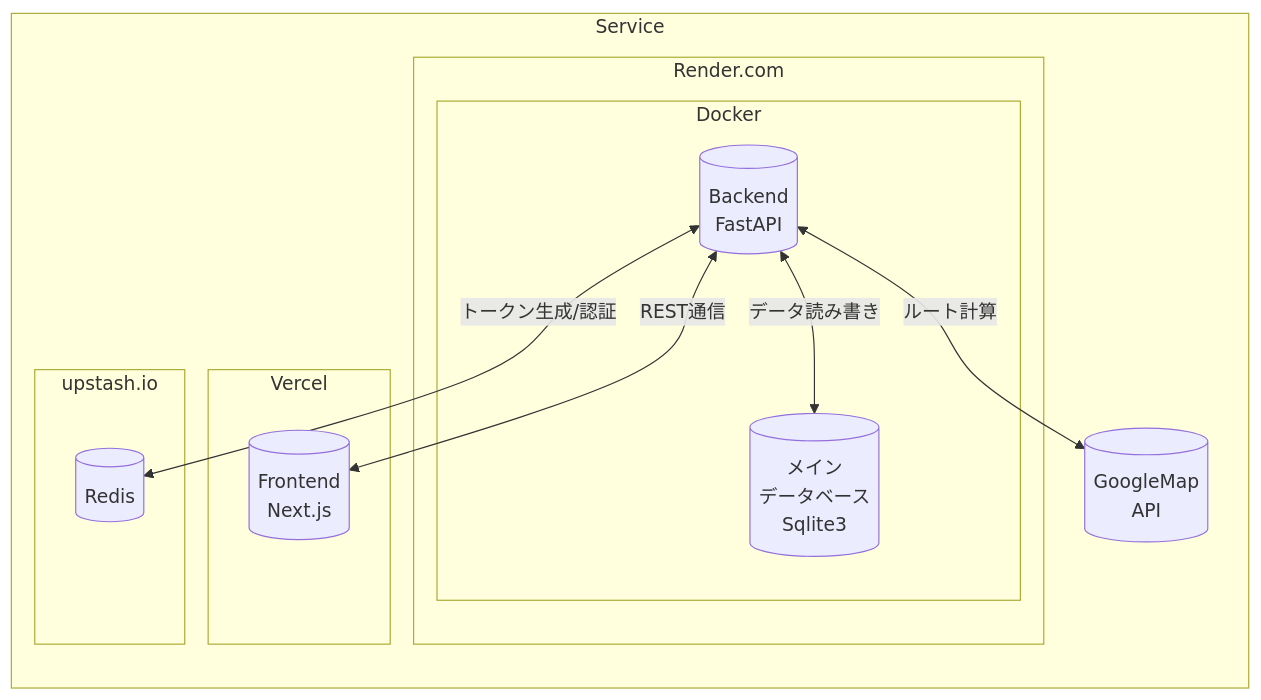
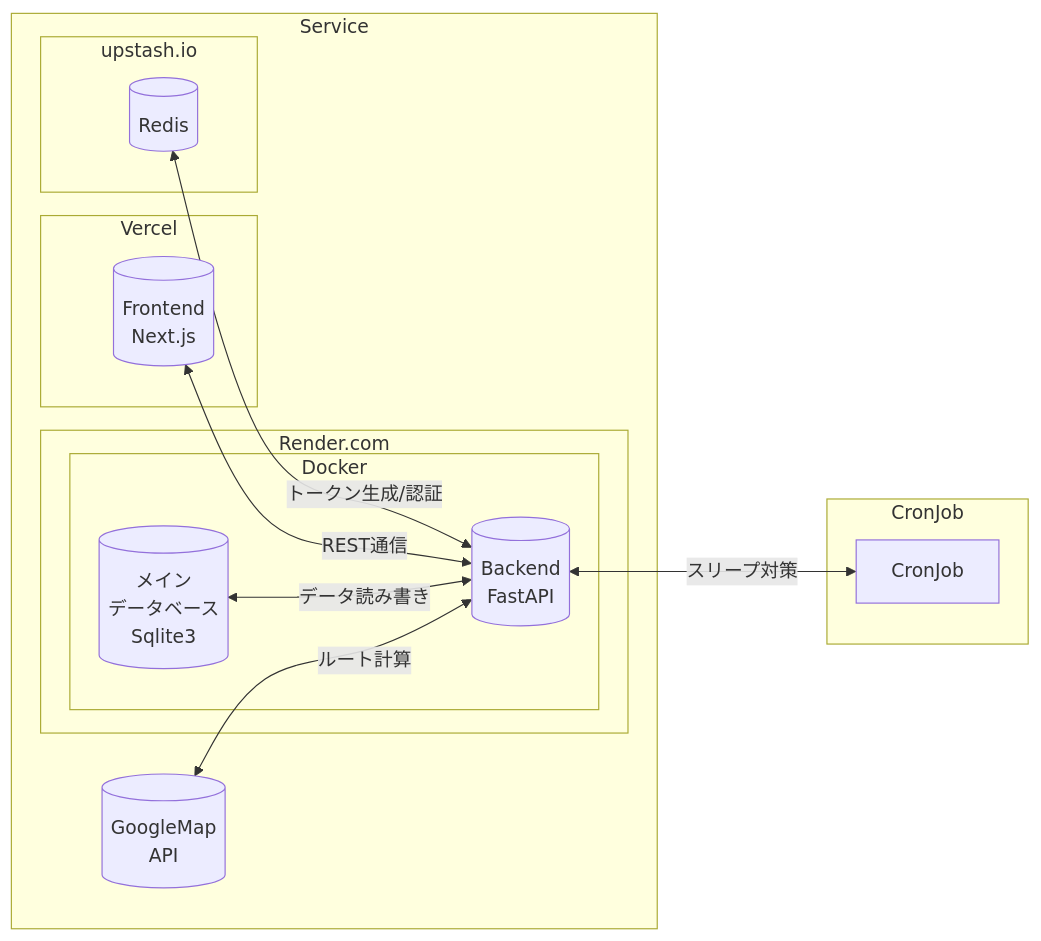
One commit to ynori123/al_castle changed the diagram in README.md. Above: the diagram before and after it, drawn with Mermaid.

Commit message:
README.md を更新

````diff
--- a/README.md
+++ b/README.md
@@ -3,22 +3,26 @@
 ```mermaid
 flowchart RL
     subgraph Service
     subgraph render[Render.com]
     subgraph Docker[Docker]
     back[("Backend \n FastAPI")]
     rdb[("メイン \n データベース \n Sqlite3")]
     end
     end
     subgraph Vercel[Vercel]
         front[("Frontend \n Next.js")]
     end
     subgraph Upstash[upstash.io]
         nosql[("Redis")]
     end
     back <--"トークン生成/認証"--> nosql
     back <--"REST通信"--> front
         back <--"データ読み書き"--> rdb
     api[("GoogleMap \n API")]
     back <--"ルート計算"--> api
     end
+    subgraph CronJob[CronJob]
+    job[CronJob]
+    end
+    job <--"スリープ対策"-->back
 ```
````
